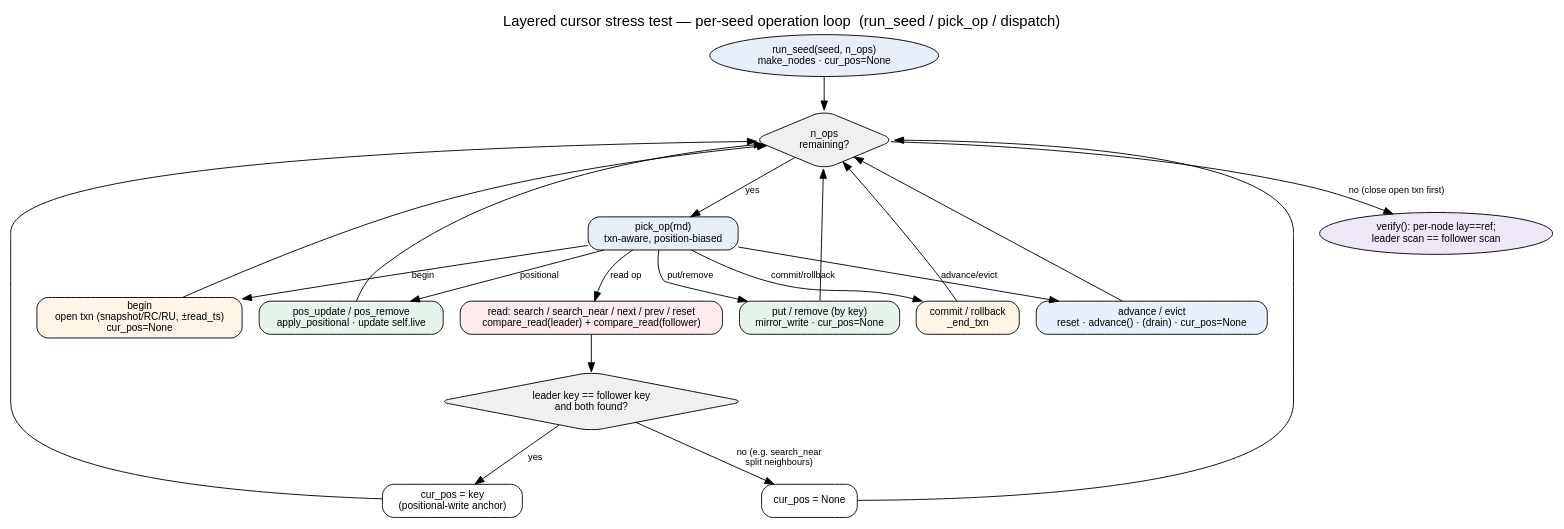
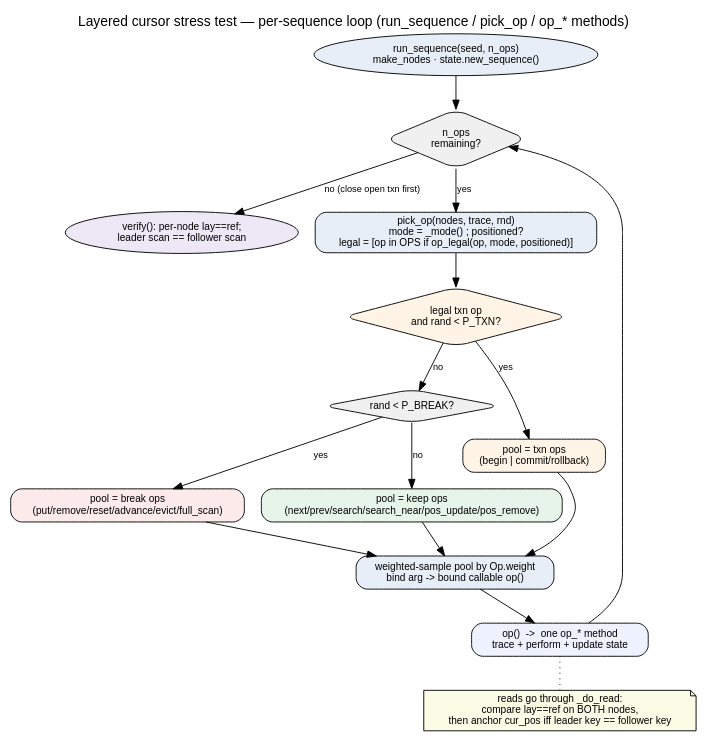
Before and after one commit to wiredtiger/wiredtiger: the diagram in layered_cursor_stress_test_oploop.dot, drawn with Graphviz. The commit also changed 2 other files, not shown here.

Commit message:
S5: sync architecture doc + op-loop diagram to the config-driven design
Update the generation section (the Op table + P_BREAK/P_TXN dials +
op_legal + pick_op returning a bound callable; 'add an op = one row +
one method'), the function map (State, the workload config, the op_*
methods, _do_read/_mode), the coverage guards (full_scan + the 1%
interim merge floor TODO), and regenerate the op-loop diagram to show
config-driven selection -> bound callable -> op_* dispatch.

```diff
--- a/layered_cursor_stress_test_oploop.dot
+++ b/layered_cursor_stress_test_oploop.dot
@@ -1,48 +1,44 @@
-// Layered cursor stress test -- per-seed operation loop (control flow of run_seed).
+// Layered cursor stress test -- per-sequence operation loop (config-driven generation).
 // Render:  dot -Tsvg layered_cursor_stress_test_oploop.dot -o arch_oploop.svg
 digraph layered_cursor_stress_oploop {
   rankdir=TB;
-  fontname="Helvetica"; labelloc=t; fontsize=16;
-  label="Layered cursor stress test — per-seed operation loop  (run_seed / pick_op / dispatch)";
+  fontname="Helvetica"; labelloc=t; fontsize=15;
+  label="Layered cursor stress test — per-sequence loop (run_sequence / pick_op / op_* methods)";
   node [fontname="Helvetica", fontsize=11, shape=box, style="rounded,filled", fillcolor="#ffffff"];
   edge [fontname="Helvetica", fontsize=10];
 
-  start [shape=oval, fillcolor="#e8eef7", label="run_seed(seed, n_ops)\nmake_nodes · cur_pos=None"];
-  pick  [fillcolor="#e8eef7", label="pick_op(rnd)\ntxn-aware, position-biased"];
-  loop  [shape=diamond, fillcolor="#f0f0f0", label="n_ops\nremaining?"];
+  start  [shape=oval, fillcolor="#e8eef7", label="run_sequence(seed, n_ops)\nmake_nodes · state.new_sequence()"];
+  loop   [shape=diamond, fillcolor="#f0f0f0", label="n_ops\nremaining?"];
   verify [shape=oval, fillcolor="#ede7f6", label="verify(): per-node lay==ref;\nleader scan == follower scan"];
 
+  // pick_op: the config-driven generator
+  mode   [fillcolor="#e8eef7", label="pick_op(nodes, trace, rnd)\nmode = _mode() ; positioned?\nlegal = [op in OPS if op_legal(op, mode, positioned)]"];
+  txnq   [shape=diamond, fillcolor="#fff4e5", label="legal txn op\nand rand < P_TXN?"];
+  brkq   [shape=diamond, fillcolor="#f0f0f0", label="rand < P_BREAK?"];
+  pooltxn [fillcolor="#fff4e5", label="pool = txn ops\n(begin | commit/rollback)"];
+  poolbrk [fillcolor="#fdeaea", label="pool = break ops\n(put/remove/reset/advance/evict/full_scan)"];
+  poolkeep[fillcolor="#e6f4ea", label="pool = keep ops\n(next/prev/search/search_near/pos_update/pos_remove)"];
+  sample [fillcolor="#e8eef7", label="weighted-sample pool by Op.weight\nbind arg -> bound callable op()"];
+
+  // the callable runs one op_* method (which updates self.state)
+  run    [fillcolor="#eef2ff", label="op()  ->  one op_* method\ntrace + perform + update state"];
+
   start -> loop;
-  loop -> pick [label="yes"];
-  loop -> verify [label="no (close open txn first)"];
+  loop  -> mode   [label="yes"];
+  loop  -> verify [label="no (close open txn first)"];
 
-  // dispatch branches
-  put   [fillcolor="#e6f4ea", label="put / remove (by key)\nmirror_write · cur_pos=None"];
-  posw  [fillcolor="#e6f4ea", label="pos_update / pos_remove\napply_positional · update self.live"];
-  txnb  [fillcolor="#fff4e5", label="begin\nopen txn (snapshot/RC/RU, ±read_ts)\ncur_pos=None"];
-  txne  [fillcolor="#fff4e5", label="commit / rollback\n_end_txn"];
-  ckpt  [fillcolor="#e7f0fb", label="advance / evict\nreset · advance() · (drain) · cur_pos=None"];
-  read  [fillcolor="#fdeaea", label="read: search / search_near / next / prev / reset\ncompare_read(leader) + compare_read(follower)"];
-  curp  [shape=diamond, fillcolor="#f0f0f0", label="leader key == follower key\nand both found?"];
-  setp  [label="cur_pos = key\n(positional-write anchor)"];
-  clrp  [label="cur_pos = None"];
+  mode -> txnq;
+  txnq -> pooltxn [label="yes"];
+  txnq -> brkq    [label="no"];
+  brkq -> poolbrk [label="yes"];
+  brkq -> poolkeep[label="no"];
+  pooltxn  -> sample;
+  poolbrk  -> sample;
+  poolkeep -> sample;
+  sample -> run;
+  run    -> loop;
 
-  pick -> put   [label="put/remove"];
-  pick -> posw  [label="positional"];
-  pick -> txnb  [label="begin"];
-  pick -> txne  [label="commit/rollback"];
-  pick -> ckpt  [label="advance/evict"];
-  pick -> read  [label="read op"];
-
-  read -> curp;
-  curp -> setp [label="yes"];
-  curp -> clrp [label="no (e.g. search_near\nsplit neighbours)"];
-
-  put  -> loop;
-  posw -> loop;
-  txnb -> loop;
-  txne -> loop;
-  ckpt -> loop;
-  setp -> loop;
-  clrp -> loop;
+  // note on the oracle
+  note [shape=note, fillcolor="#fbfbe6", label="reads go through _do_read:\ncompare lay==ref on BOTH nodes,\nthen anchor cur_pos iff leader key == follower key"];
+  run -> note [style=dotted, arrowhead=none];
 }
```
